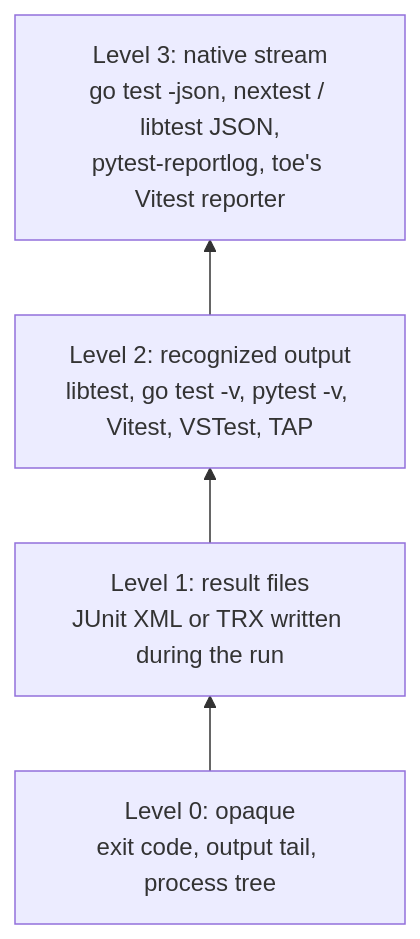
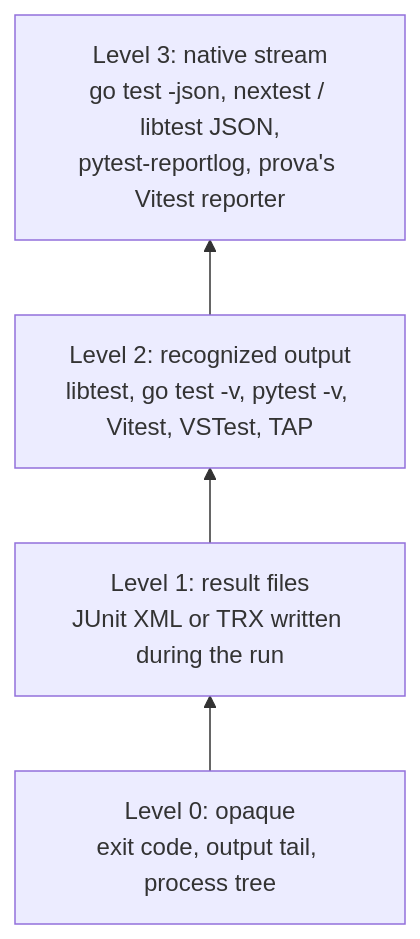
One commit to fals/prova changed the third of 6 diagrams in docs/architecture.md. Above: the diagram before and after it, drawn with Mermaid. The commit also changed other lines of this file and 202 other files, not shown here.

First line of the commit message:
Rename toe to prova everywhere (ADR 0019)

````diff
--- a/docs/architecture.md
+++ b/docs/architecture.md
@@ -117,8 +117,8 @@
 ```mermaid
 flowchart BT
     L0["Level 0: opaque<br/>exit code, output tail, process tree"]
     L1["Level 1: result files<br/>JUnit XML or TRX written during the run"]
     L2["Level 2: recognized output<br/>libtest, go test -v, pytest -v, Vitest, VSTest, TAP"]
-    L3["Level 3: native stream<br/>go test -json, nextest / libtest JSON,<br/>pytest-reportlog, toe's Vitest reporter"]
+    L3["Level 3: native stream<br/>go test -json, nextest / libtest JSON,<br/>pytest-reportlog, prova's Vitest reporter"]
     L0 --> L1 --> L2 --> L3
 ```
````
